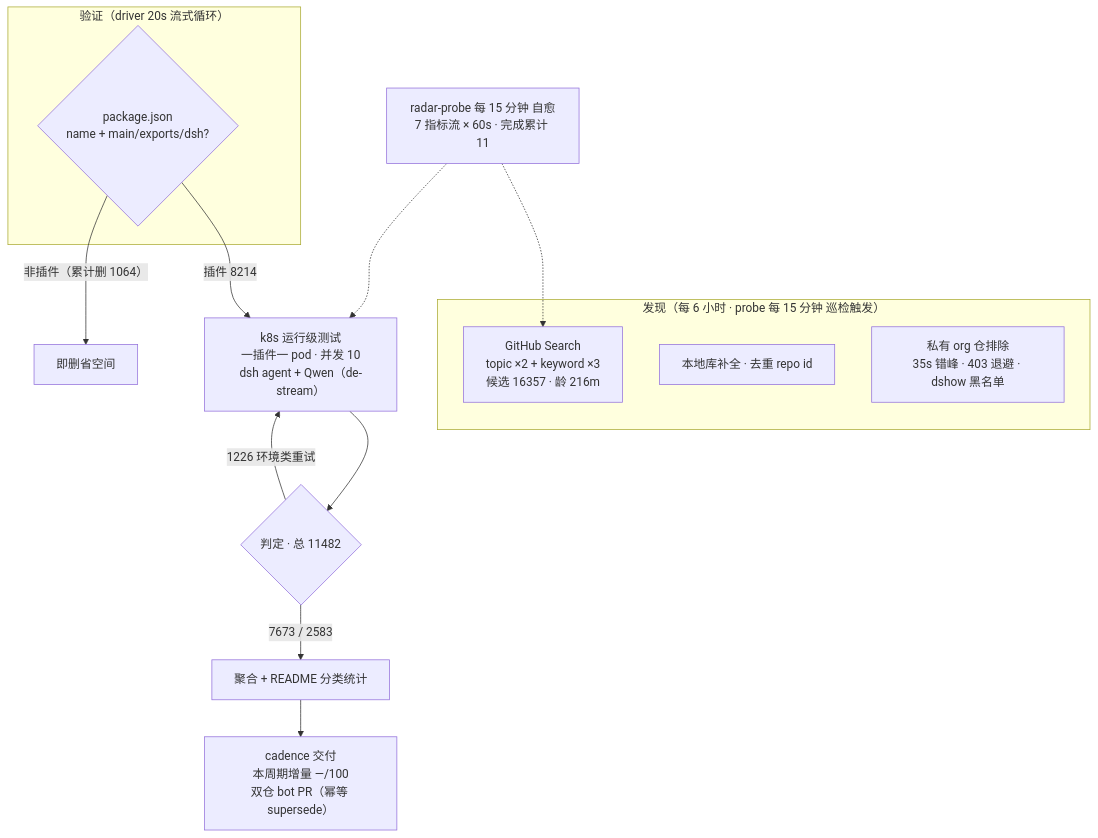
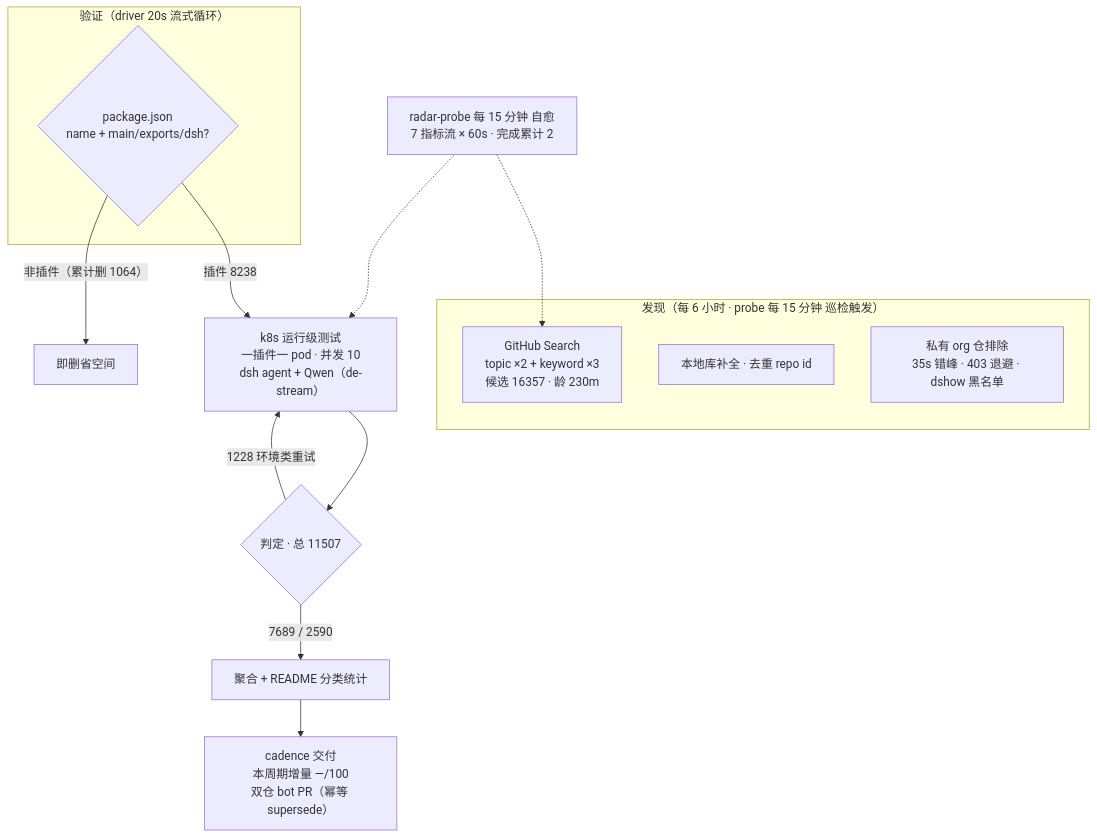
Before and after one commit to Zhidao-Lab-OSS/awesome-dsh-plugins: the diagram in README.md, drawn with Mermaid. The commit also changed other lines of this file and 1 other file, not shown here.

````diff
--- a/README.md
+++ b/README.md
@@ -52,20 +52,20 @@
 ```mermaid
 flowchart TB
     subgraph Discovery["发现（每 6 小时 · probe 每 15 分钟 巡检触发）"]
-        A1["GitHub Search<br/>topic ×2 + keyword ×3<br/>候选 16357 · 龄 216m"]
+        A1["GitHub Search<br/>topic ×2 + keyword ×3<br/>候选 16357 · 龄 230m"]
         A2["本地库补全 · 去重 repo id"]
         A3["私有 org 仓排除<br/>35s 错峰 · 403 退避 · dshow 黑名单"]
     end
     subgraph Validation["验证（driver 20s 流式循环）"]
         B1{"package.json<br/>name + main/exports/dsh?"}
     end
-    B1 -->|"插件 8214"| C1["k8s 运行级测试<br/>一插件一 pod · 并发 10<br/>dsh agent + Qwen（de-stream）"]
+    B1 -->|"插件 8238"| C1["k8s 运行级测试<br/>一插件一 pod · 并发 10<br/>dsh agent + Qwen（de-stream）"]
     B1 -->|"非插件（累计删 1064）"| B3["即删省空间"]
-    C1 --> D1{"判定 · 总 11482"}
-    D1 -->|"7673 / 2583"| E1["聚合 + README 分类统计"]
-    D1 -->|"1226 环境类重试"| C1
+    C1 --> D1{"判定 · 总 11507"}
+    D1 -->|"7689 / 2590"| E1["聚合 + README 分类统计"]
+    D1 -->|"1228 环境类重试"| C1
     E1 --> E2["cadence 交付<br/>本周期增量 —/100<br/>双仓 bot PR（幂等 supersede）"]
-    M["radar-probe 每 15 分钟 自愈<br/>7 指标流 × 60s · 完成累计 11"]
+    M["radar-probe 每 15 分钟 自愈<br/>7 指标流 × 60s · 完成累计 2"]
     M -.-> A1
     M -.-> C1
 ```
````
